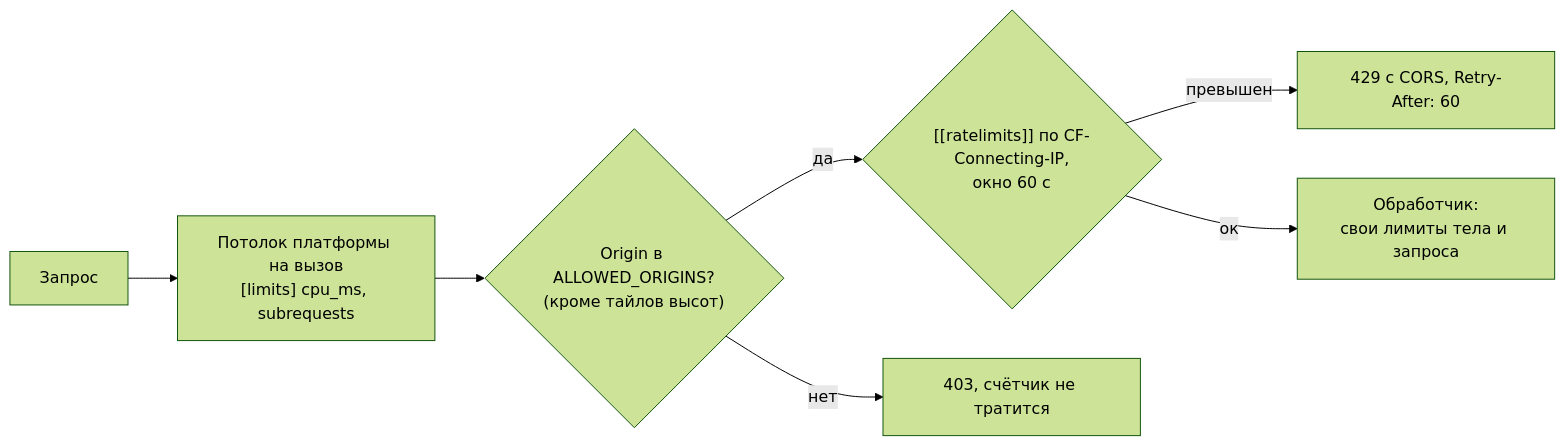
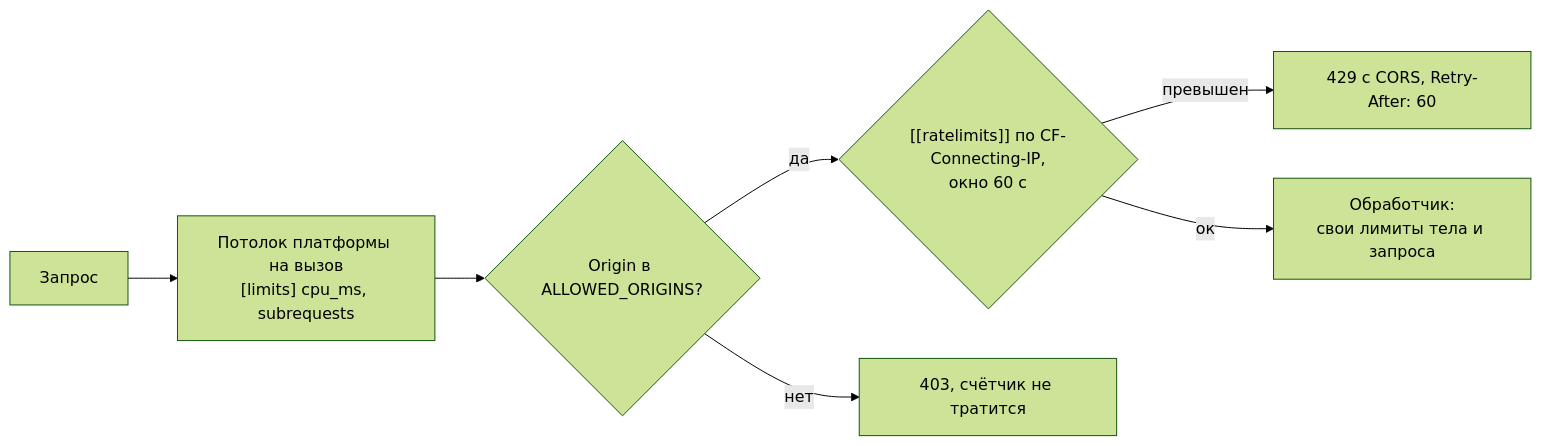
Before and after one commit to sergeycw/nakarte: the first of 2 diagrams in docs/architecture/protection.md, drawn with Mermaid (forest theme). The commit also changed other lines of this file and 10 other files, not shown here.

````diff
--- a/docs/architecture/protection.md
+++ b/docs/architecture/protection.md
@@ -9,16 +9,16 @@
 ```mermaid
 flowchart LR
     req["Запрос"]
     platform["Потолок платформы на вызов<br/>[limits] cpu_ms, subrequests"]
-    origin{"Origin в ALLOWED_ORIGINS?<br/>(кроме тайлов высот)"}
+    origin{"Origin в ALLOWED_ORIGINS?"}
     rate{"[[ratelimits]] по CF-Connecting-IP,<br/>окно 60 с"}
     handler["Обработчик:<br/>свои лимиты тела и запроса"]
     r403["403, счётчик не тратится"]
     r429["429 с CORS, Retry-After: 60"]
 
     req --> platform --> origin
     origin -->|"нет"| r403
     origin -->|"да"| rate
     rate -->|"превышен"| r429
     rate -->|"ок"| handler
 ```
````
